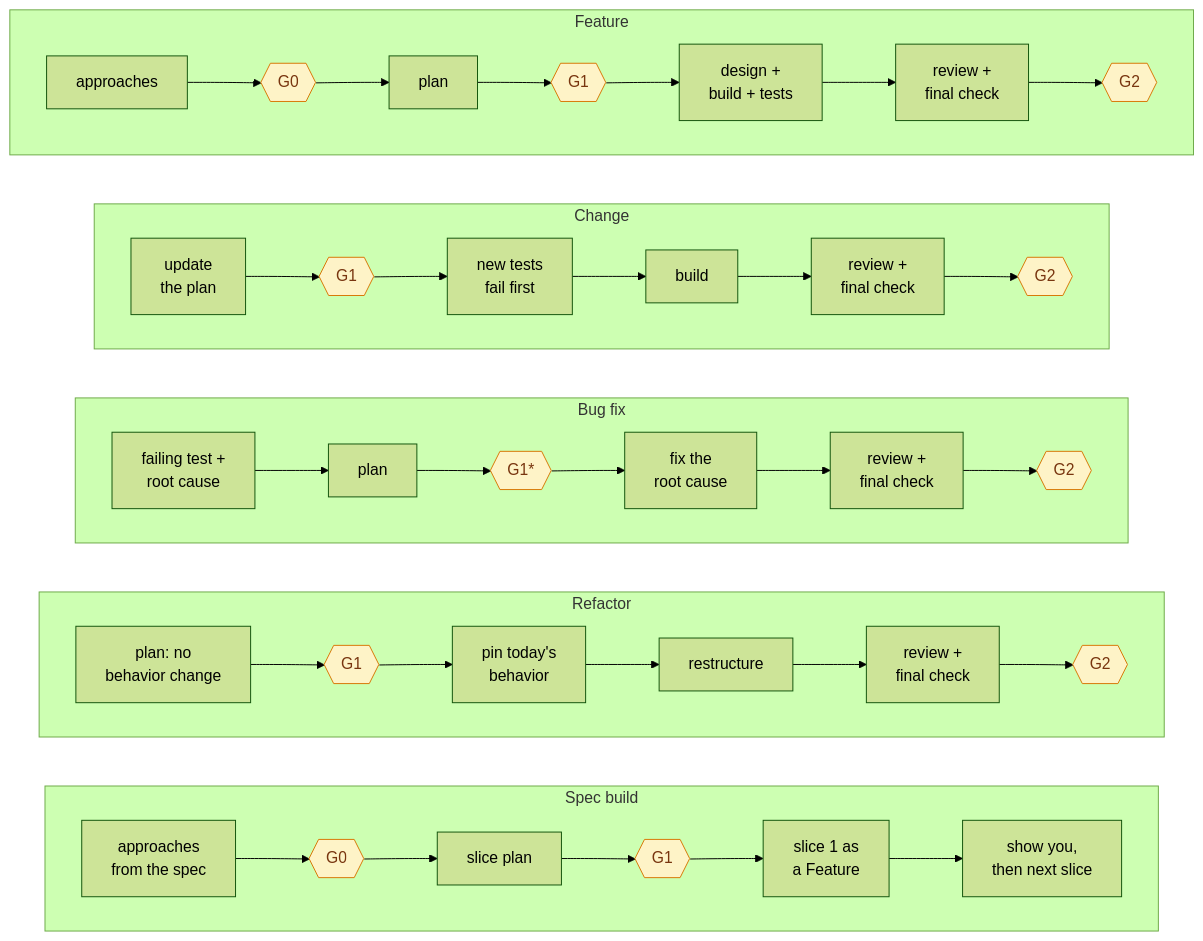
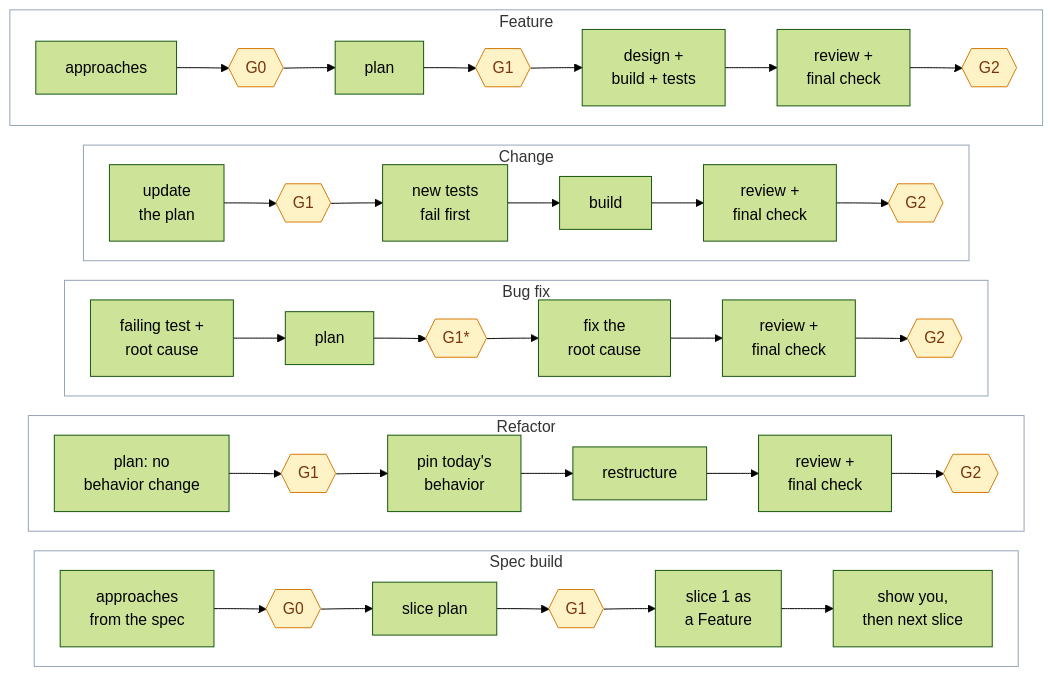
Before and after one commit to suryas91/claude-skills: the diagram in docs/images/src/flows.mmd, drawn with Mermaid (forest theme). The commit also changed 19 other files, not shown here.

First line of the commit message:
Docs review round 2: complete undo, accurate history, installer robustness, cleaner diagrams

```diff
--- a/docs/images/src/flows.mmd
+++ b/docs/images/src/flows.mmd
@@ -1,23 +1,29 @@
+%%{init: {'flowchart': {'rankSpacing': 28, 'nodeSpacing': 20}}}%%
 flowchart LR
     subgraph S [Spec build]
         direction LR
         s1[approaches<br/>from the spec] --> s0{{G0}} --> s2[slice plan] --> s1g{{G1}} --> s3[slice 1 as<br/>a Feature] --> s4[show you,<br/>then next slice]
     end
     subgraph R [Refactor]
         direction LR
         r1[plan: no<br/>behavior change] --> r1g{{G1}} --> r2[pin today's<br/>behavior] --> r3[restructure] --> r4[review +<br/>final check] --> r2g{{G2}}
     end
     subgraph B [Bug fix]
         direction LR
         b1[failing test +<br/>root cause] --> b2[plan] --> b1g{{G1*}} --> b3[fix the<br/>root cause] --> b4[review +<br/>final check] --> b2g{{G2}}
     end
     subgraph C [Change]
         direction LR
         c1[update<br/>the plan] --> c1g{{G1}} --> c2[new tests<br/>fail first] --> c3[build] --> c4[review +<br/>final check] --> c2g{{G2}}
     end
     subgraph F [Feature]
         direction LR
         f1[approaches] --> f0{{G0}} --> f2[plan] --> f1g{{G1}} --> f3[design +<br/>build + tests] --> f4[review +<br/>final check] --> f2g{{G2}}
     end
     classDef gate fill:#fef3c7,stroke:#d97706,color:#78350f
     class f0,f1g,f2g,c1g,c2g,b1g,b2g,r1g,r2g,s0,s1g gate
+    style S fill:transparent,stroke:#94a3b8
+    style R fill:transparent,stroke:#94a3b8
+    style B fill:transparent,stroke:#94a3b8
+    style C fill:transparent,stroke:#94a3b8
+    style F fill:transparent,stroke:#94a3b8
```
